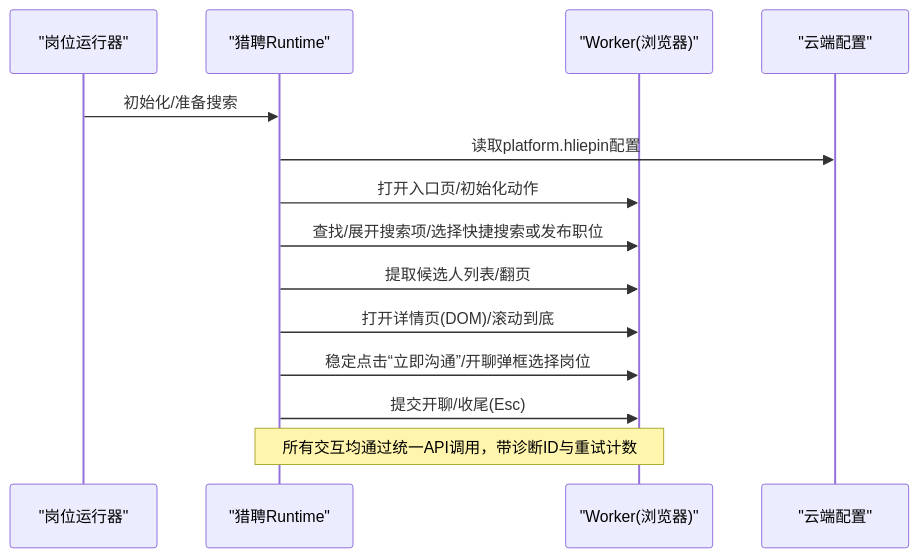
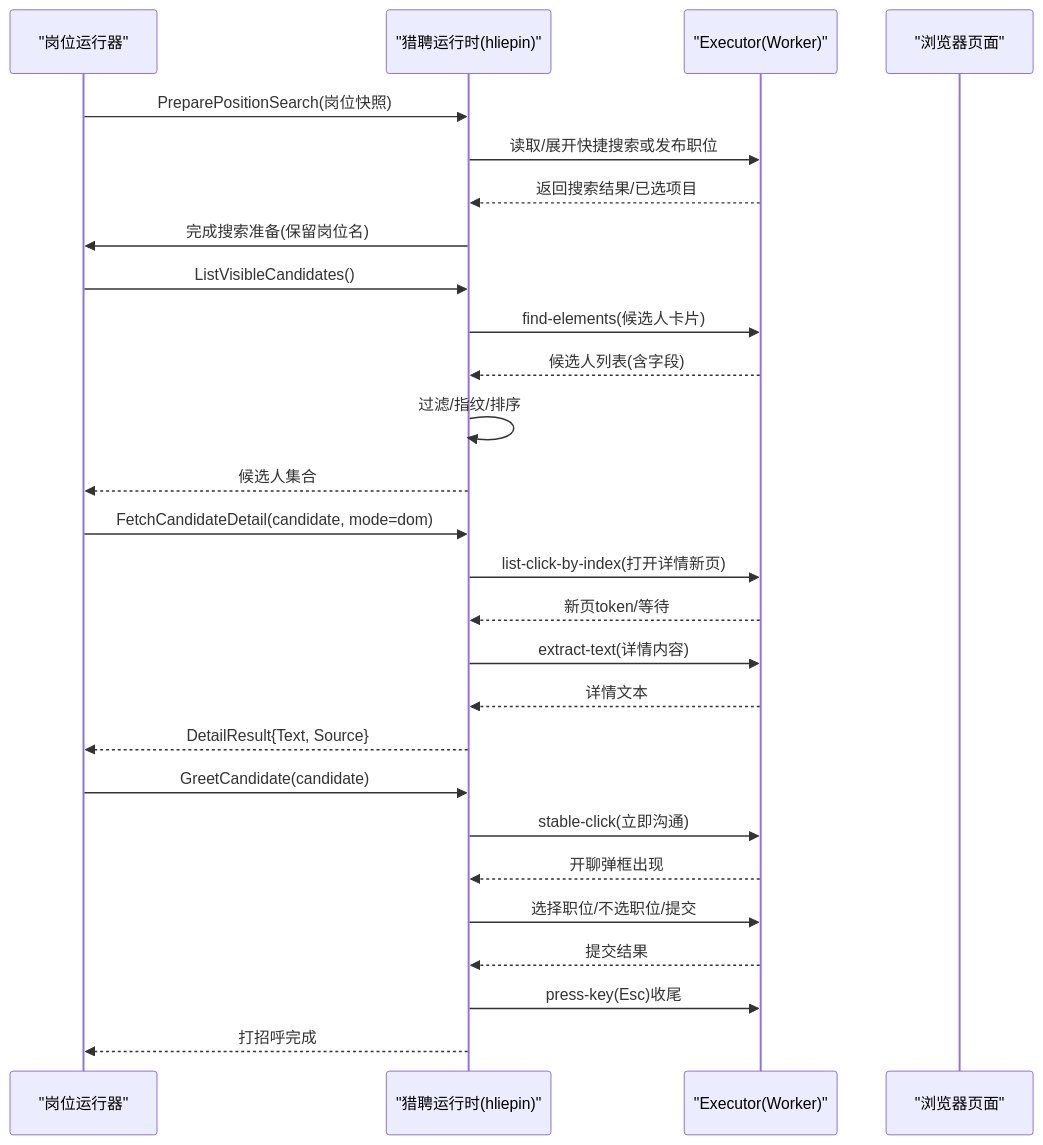
Before and after one commit to alvinwangzi/goodhr: the second of 9 diagrams in .qoder/repowiki/zh/content/本地执行器/平台适配器/猎聘适配器/猎聘适配器.md, drawn with Mermaid. The commit also changed other lines of this file and 149 other files, not shown here.

````diff
--- a/.qoder/repowiki/zh/content/本地执行器/平台适配器/猎聘适配器/猎聘适配器.md
+++ b/.qoder/repowiki/zh/content/本地执行器/平台适配器/猎聘适配器/猎聘适配器.md
@@ -104,16 +104,29 @@
 ```mermaid
 sequenceDiagram
 participant Runner as "岗位运行器"
-participant H as "猎聘Runtime"
-participant W as "Worker(浏览器)"
-participant Cloud as "云端配置"
-Runner->>H : 初始化/准备搜索
-H->>Cloud : 读取platform.hliepin配置
-H->>W : 打开入口页/初始化动作
-H->>W : 查找/展开搜索项/选择快捷搜索或发布职位
-H->>W : 提取候选人列表/翻页
-H->>W : 打开详情页(DOM)/滚动到底
-H->>W : 稳定点击“立即沟通”/开聊弹框选择岗位
-H->>W : 提交开聊/收尾(Esc)
-Note over H,W : 所有交互均通过统一API调用，带诊断ID与重试计数
+participant Runtime as "猎聘运行时(hliepin)"
+participant Exec as "Executor(Worker)"
+participant Page as "浏览器页面"
+Runner->>Runtime : PreparePositionSearch(岗位快照)
+Runtime->>Exec : 读取/展开快捷搜索或发布职位
+Exec-->>Runtime : 返回搜索结果/已选项目
+Runtime->>Runner : 完成搜索准备(保留岗位名)
+Runner->>Runtime : ListVisibleCandidates()
+Runtime->>Exec : find-elements(候选人卡片)
+Exec-->>Runtime : 候选人列表(含字段)
+Runtime->>Runtime : 过滤/指纹/排序
+Runtime-->>Runner : 候选人集合
+Runner->>Runtime : FetchCandidateDetail(candidate, mode=dom)
+Runtime->>Exec : list-click-by-index(打开详情新页)
+Exec-->>Runtime : 新页token/等待
+Runtime->>Exec : extract-text(详情内容)
+Exec-->>Runtime : 详情文本
+Runtime-->>Runner : DetailResult{Text, Source}
+Runner->>Runtime : GreetCandidate(candidate)
+Runtime->>Exec : stable-click(立即沟通)
+Exec-->>Runtime : 开聊弹框出现
+Runtime->>Exec : 选择职位/不选职位/提交
+Exec-->>Runtime : 提交结果
+Runtime->>Exec : press-key(Esc)收尾
+Runtime-->>Runner : 打招呼完成
 ```
````
